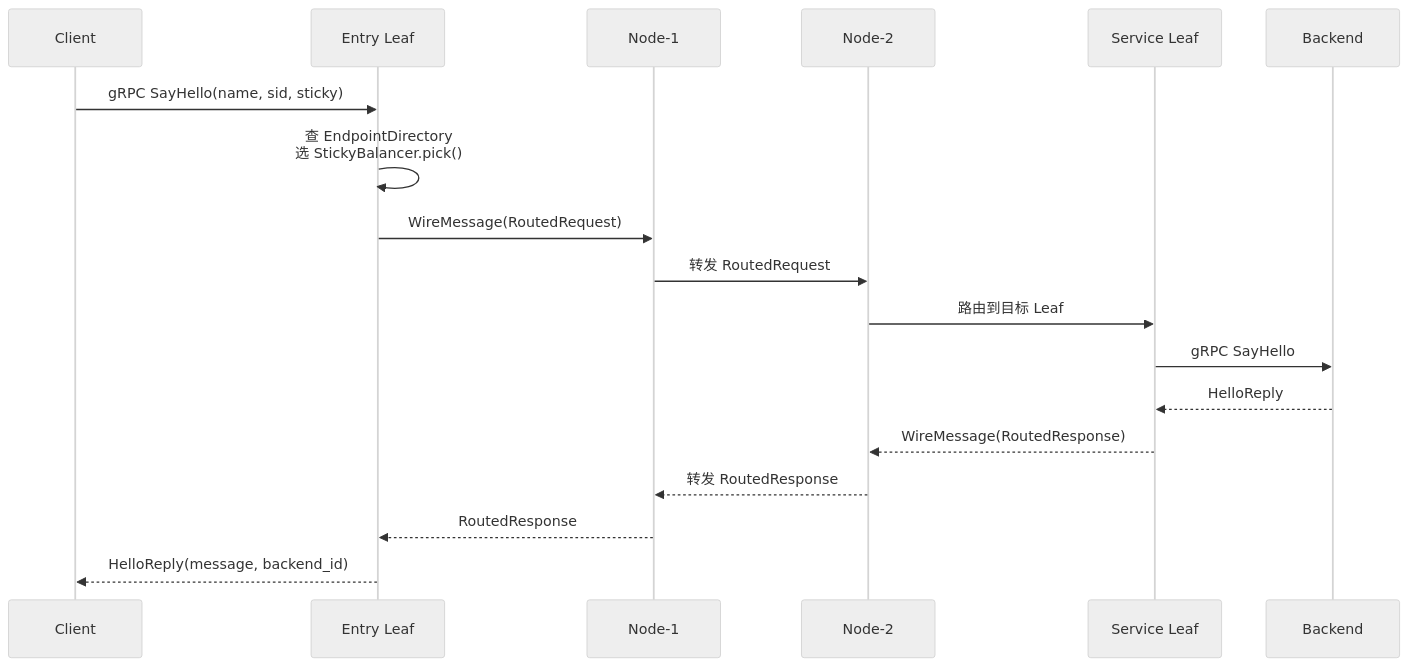
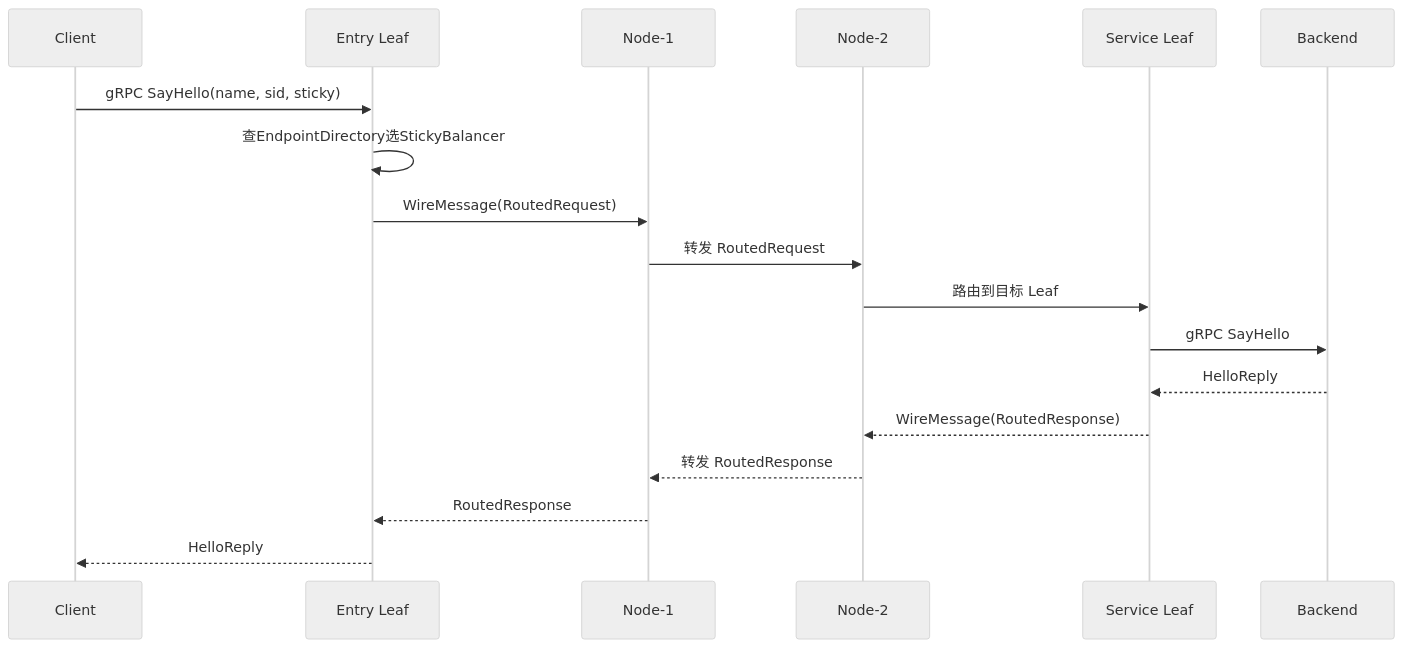
Before and after one commit to arrayforward/creek: the second of 9 diagrams in docs/architecture.md, drawn with Mermaid (neutral theme). The commit also changed other lines of this file and 2 other files, not shown here.

First line of the commit message:
fix: remove mermaid br tags causing GitHub render failure

````diff
--- a/docs/architecture.md
+++ b/docs/architecture.md
@@ -48,21 +38,21 @@
 ```mermaid
 sequenceDiagram
     participant C as Client
     participant EL as Entry Leaf
     participant N1 as Node-1
     participant N2 as Node-2
     participant SL as Service Leaf
     participant B as Backend
 
     C->>EL: gRPC SayHello(name, sid, sticky)
-    EL->>EL: 查 EndpointDirectory<br/>选 StickyBalancer.pick()
+    EL->>EL: 查EndpointDirectory选StickyBalancer
     EL->>N1: WireMessage(RoutedRequest)
     N1->>N2: 转发 RoutedRequest
     N2->>SL: 路由到目标 Leaf
     SL->>B: gRPC SayHello
     B-->>SL: HelloReply
     SL-->>N2: WireMessage(RoutedResponse)
     N2-->>N1: 转发 RoutedResponse
     N1-->>EL: RoutedResponse
-    EL-->>C: HelloReply(message, backend_id)
+    EL-->>C: HelloReply
 ```
````
